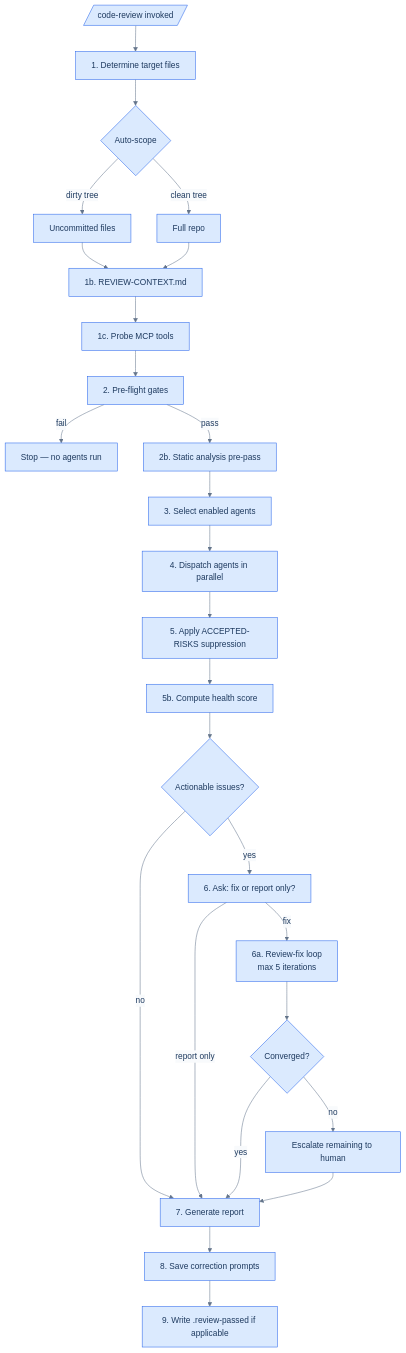
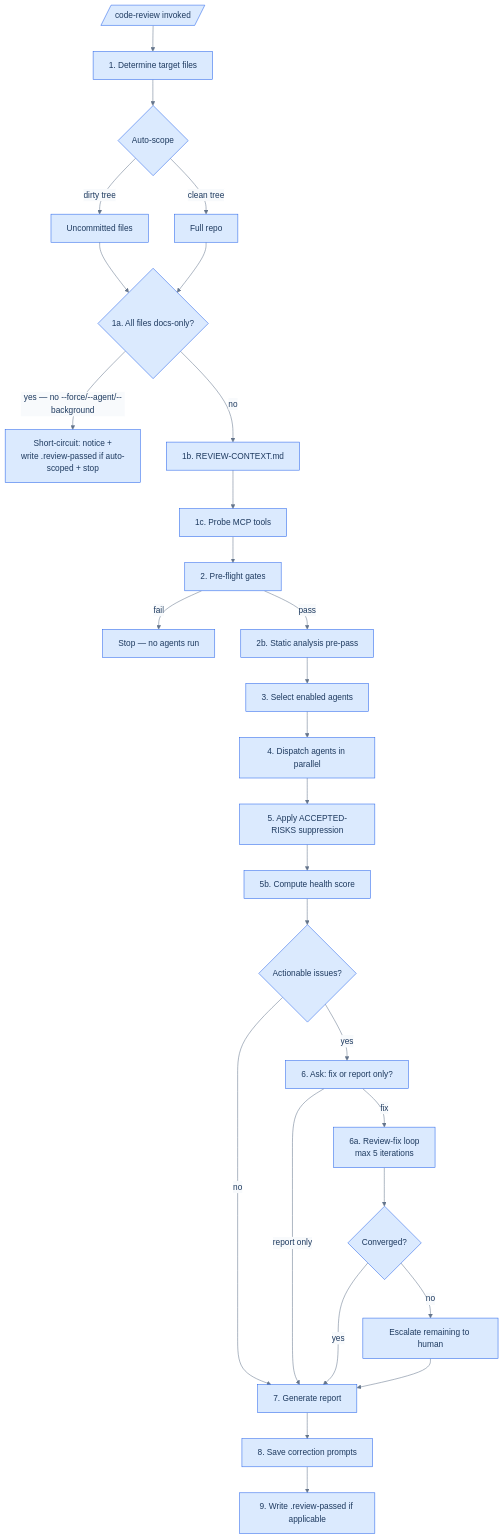
The diagram in plugins/dev-team/docs/code-review-process.md (bdfinst/agentic-dev-team), drawn with Mermaid before and after one commit. The commit also changed other lines of this file and 1 other file, not shown here.

First line of the commit message:
docs(dev-team): document doc-only short-circuit in code-review-process

````diff
--- a/plugins/dev-team/docs/code-review-process.md
+++ b/plugins/dev-team/docs/code-review-process.md
@@ -30,29 +30,31 @@
 ```mermaid
 %%{init: {'theme': 'base', 'themeVariables': {'primaryColor': '#dbeafe', 'primaryTextColor': '#1e3a5f', 'primaryBorderColor': '#3b82f6', 'lineColor': '#64748b', 'secondaryColor': '#f1f5f9', 'tertiaryColor': '#e0f2fe', 'background': '#ffffff', 'mainBkg': '#dbeafe', 'nodeBorder': '#2563eb', 'clusterBkg': '#eff6ff', 'clusterBorder': '#bfdbfe', 'titleColor': '#1e3a5f', 'edgeLabelBackground': '#f8fafc'}}}%%
 flowchart TD
     A[/code-review invoked/] --> B[1. Determine target files]
     B --> C{Auto-scope}
     C -->|dirty tree| D1[Uncommitted files]
     C -->|clean tree| D2[Full repo]
-    D1 --> E[1b. REVIEW-CONTEXT.md]
-    D2 --> E
+    D1 --> DC{1a. All files docs-only?}
+    D2 --> DC
+    DC -->|yes — no --force/--agent/--background| SC[Short-circuit: notice +<br/>write .review-passed if auto-scoped + stop]
+    DC -->|no| E[1b. REVIEW-CONTEXT.md]
     E --> F[1c. Probe MCP tools]
     F --> G[2. Pre-flight gates]
     G -->|fail| X1[Stop — no agents run]
     G -->|pass| H[2b. Static analysis pre-pass]
     H --> I[3. Select enabled agents]
     I --> J[4. Dispatch agents in parallel]
     J --> K[5. Apply ACCEPTED-RISKS suppression]
     K --> L[5b. Compute health score]
     L --> M{Actionable issues?}
     M -->|no| R[7. Generate report]
     M -->|yes| N[6. Ask: fix or report only?]
     N -->|report only| R
     N -->|fix| O[6a. Review-fix loop<br/>max 5 iterations]
     O --> P{Converged?}
     P -->|yes| R
     P -->|no| Q[Escalate remaining to human]
     Q --> R
     R --> S[8. Save correction prompts]
     S --> T[9. Write .review-passed if applicable]
 ```
````
